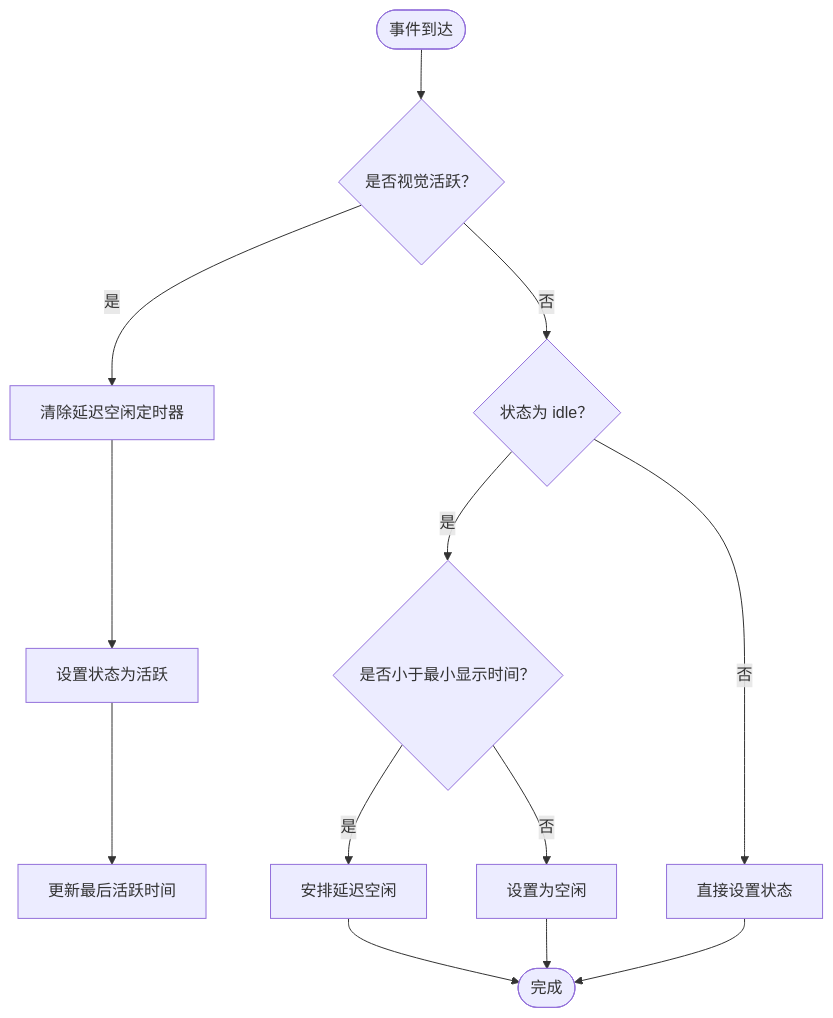
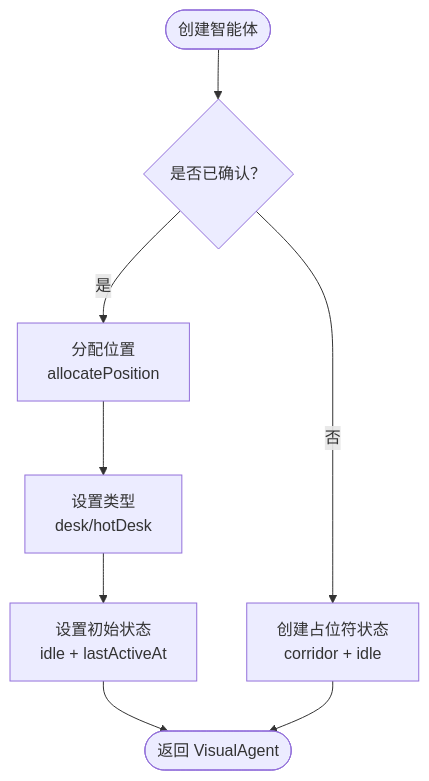
The fourth of 10 diagrams in .qoder/repowiki/zh/content/状态管理系统/状态管理系统.md (WW-AI-Lab/openclaw-office), drawn with Mermaid before and after one commit. The commit also changed other lines of this file and 27 other files, not shown here.

````diff
--- a/.qoder/repowiki/zh/content/状态管理系统/状态管理系统.md
+++ b/.qoder/repowiki/zh/content/状态管理系统/状态管理系统.md
@@ -195,15 +245,10 @@
 ```mermaid
 flowchart TD
-Enter(["事件到达"]) --> ActiveCheck{"是否视觉活跃？"}
-ActiveCheck --> |是| ClearTimer["清除延迟空闲定时器"]
-ClearTimer --> SetStatus["设置状态为活跃"]
-SetStatus --> UpdateLast["更新最后活跃时间"]
-ActiveCheck --> |否| IdleCheck{"状态为 idle？"}
-IdleCheck --> |是| MinDisplay{"是否小于最小显示时间？"}
-MinDisplay --> |是| ScheduleIdle["安排延迟空闲"]
-MinDisplay --> |否| SetIdle["设置为空闲"]
-IdleCheck --> |否| SetStatus2["直接设置状态"]
-ScheduleIdle --> End(["完成"])
-SetIdle --> End
-SetStatus2 --> End
+Create(["创建智能体"]) --> CheckConfirmed{"是否已确认？"}
+CheckConfirmed --> |否| Placeholder["创建占位符状态<br/>corridor + idle"]
+CheckConfirmed --> |是| Allocate["分配位置<br/>allocatePosition"]
+Allocate --> SetType["设置类型<br/>desk/hotDesk"]
+SetType --> SetStatus["设置初始状态<br/>idle + lastActiveAt"]
+SetStatus --> Return(["返回 VisualAgent"])
+Placeholder --> Return
 ```
````
